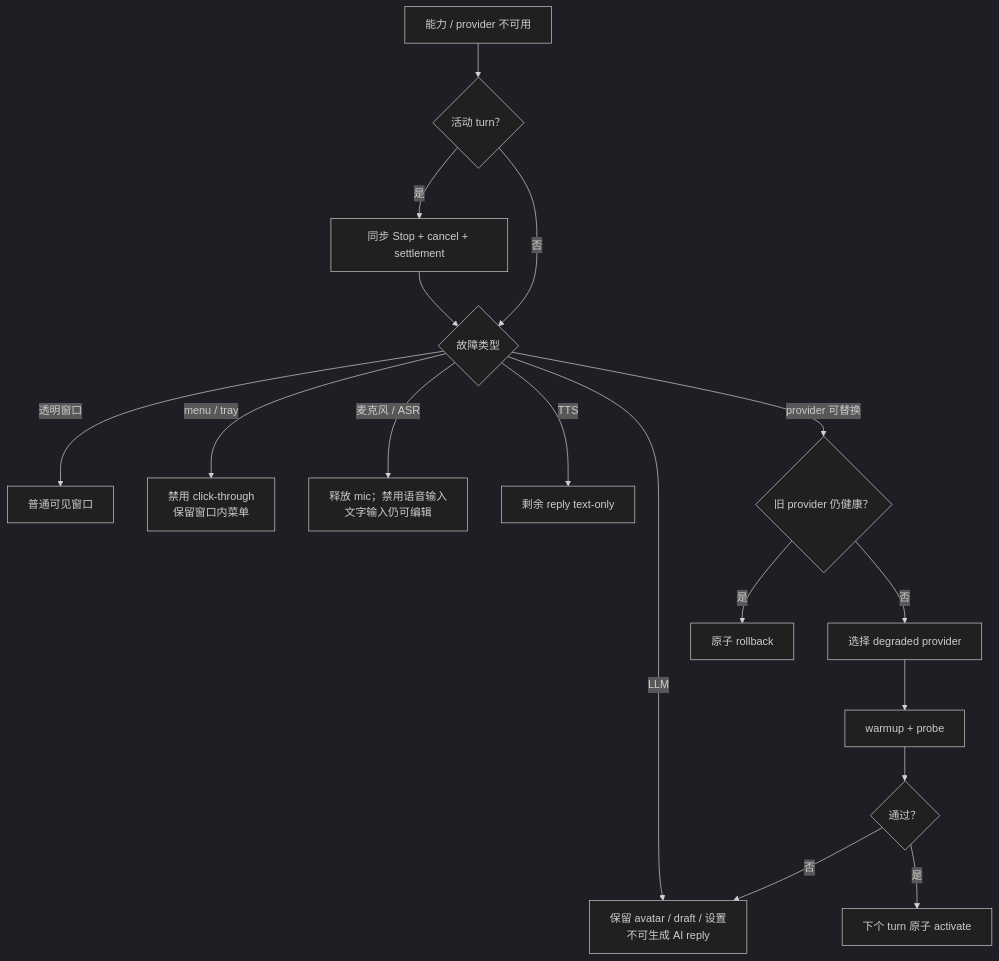
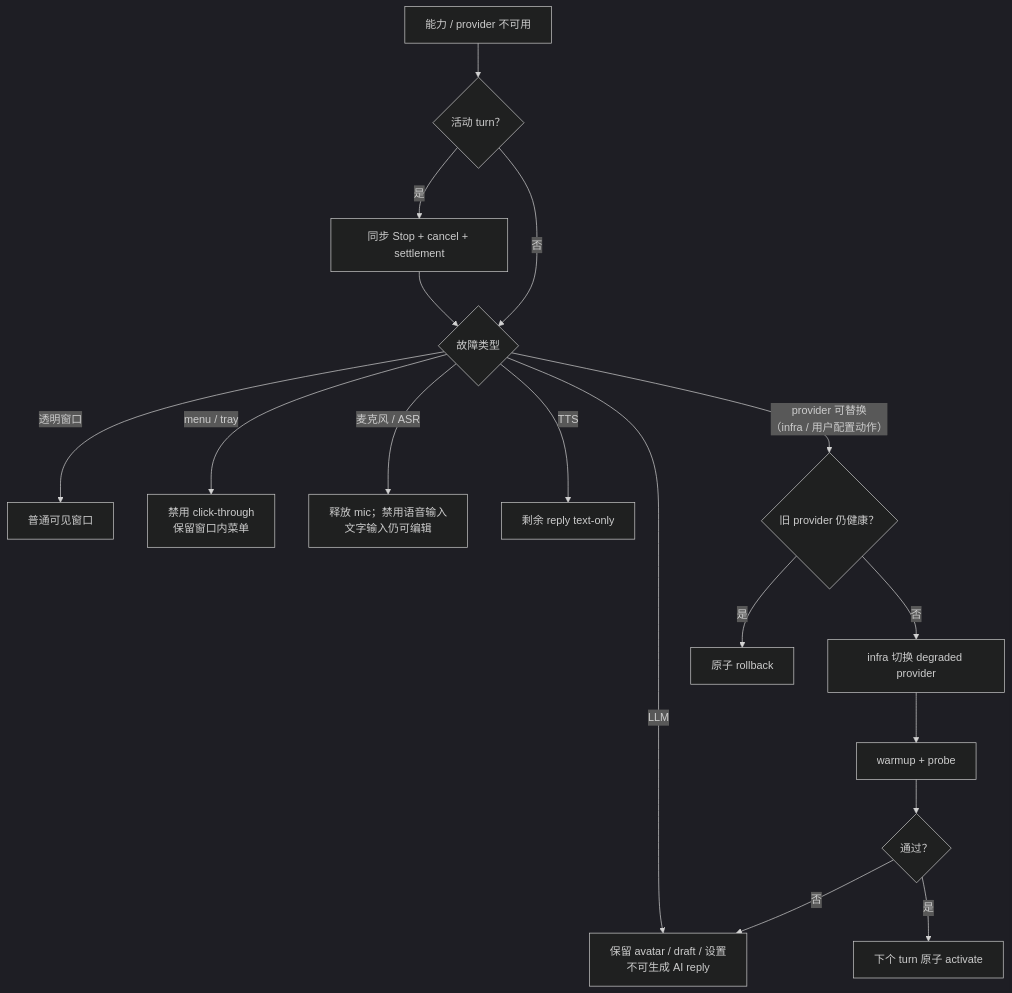
Before and after one commit to Momoyeyu/momo: the diagram in docs/05-ops/degradation.md, drawn with Mermaid (dark theme). The commit also changed other lines of this file and 18 other files, not shown here.

````diff
--- a/docs/05-ops/degradation.md
+++ b/docs/05-ops/degradation.md
@@ -14,19 +16,19 @@
 ```mermaid
 flowchart TD
     FAIL["能力 / provider 不可用"] --> TURN{"活动 turn？"}
     TURN -->|"是"| STOP["同步 Stop + cancel + settlement"]
     TURN -->|"否"| CLASSIFY{"故障类型"}
     STOP --> CLASSIFY
     CLASSIFY -->|"透明窗口"| WINDOW["普通可见窗口"]
     CLASSIFY -->|"menu / tray"| MENU["禁用 click-through<br/>保留窗口内菜单"]
     CLASSIFY -->|"麦克风 / ASR"| TEXTIN["释放 mic；禁用语音输入<br/>文字输入仍可编辑"]
     CLASSIFY -->|"TTS"| TEXTOUT["剩余 reply text-only"]
     CLASSIFY -->|"LLM"| NOLLM["保留 avatar / draft / 设置<br/>不可生成 AI reply"]
-    CLASSIFY -->|"provider 可替换"| OLD{"旧 provider 仍健康？"}
+    CLASSIFY -->|"provider 可替换<br/>（infra / 用户配置动作）"| OLD{"旧 provider 仍健康？"}
     OLD -->|"是"| ROLLBACK["原子 rollback"]
-    OLD -->|"否"| PROFILE["选择 degraded provider"]
+    OLD -->|"否"| PROFILE["infra 切换 degraded provider"]
     PROFILE --> WARM["warmup + probe"]
     WARM --> READY{"通过？"}
     READY -->|"否"| NOLLM
     READY -->|"是"| ACTIVATE["下个 turn 原子 activate"]
 ```
````
